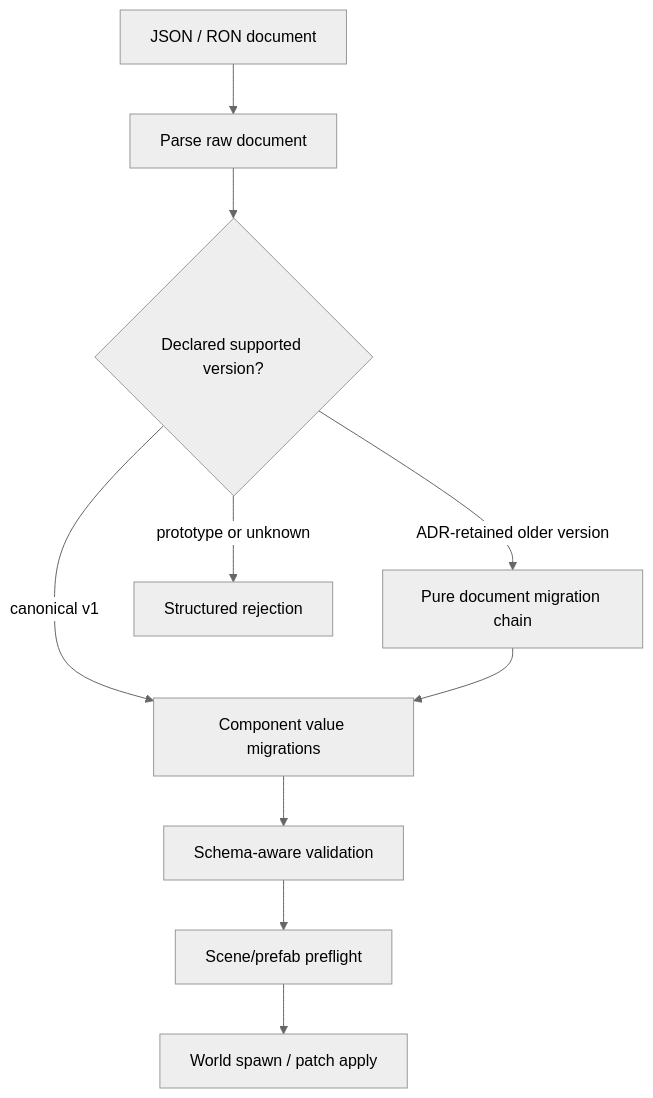
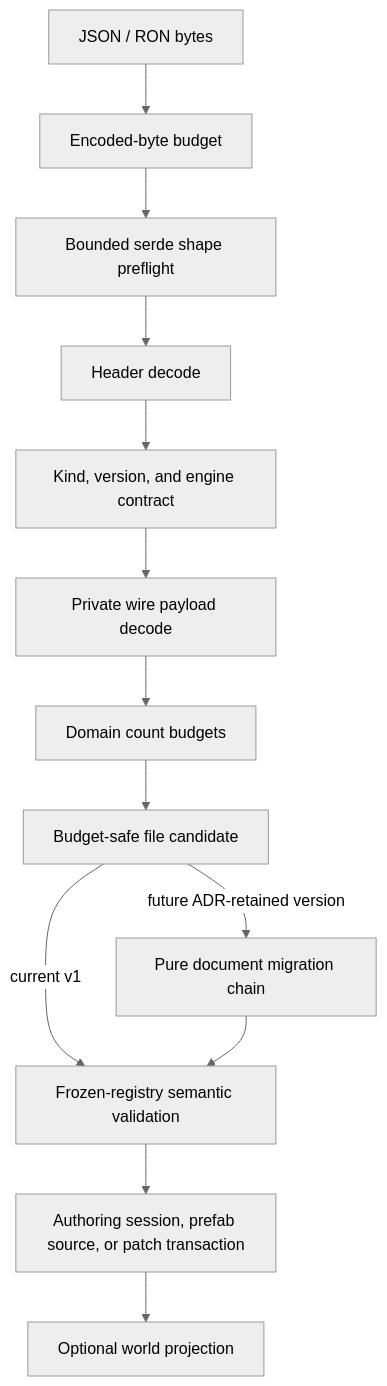
The diagram in docs/architecture/adr/0043-scene-prefab-and-patch-document-migration-policy.md (Latias94/nara), drawn with Mermaid (neutral theme) before and after one commit. The commit also changed other lines of this file and 82 other files, not shown here.

Commit message:
feat(schema): establish canonical persistence contracts

````diff
--- a/docs/architecture/adr/0043-scene-prefab-and-patch-document-migration-policy.md
+++ b/docs/architecture/adr/0043-scene-prefab-and-patch-document-migration-policy.md
@@ -27,12 +30,15 @@
 ```mermaid
 flowchart TD
-    File[JSON / RON document] --> Parse[Parse raw document]
-    Parse --> Version{Declared supported version?}
-    Version -->|canonical v1| CompMig[Component value migrations]
-    Version -->|ADR-retained older version| DocMig[Pure document migration chain]
-    Version -->|prototype or unknown| Reject[Structured rejection]
-    DocMig --> CompMig
-    CompMig --> Validate[Schema-aware validation]
-    Validate --> Preflight[Scene/prefab preflight]
-    Preflight --> World[World spawn / patch apply]
+    Bytes[JSON / RON bytes] --> ByteBudget[Encoded-byte budget]
+    ByteBudget --> Shape[Bounded serde shape preflight]
+    Shape --> Header[Header decode]
+    Header --> Contract[Kind, version, and engine contract]
+    Contract --> Payload[Private wire payload decode]
+    Payload --> Counts[Domain count budgets]
+    Counts --> Candidate[Budget-safe file candidate]
+    Candidate -->|current v1| Validate[Frozen-registry semantic validation]
+    Candidate -->|future ADR-retained version| DocMig[Pure document migration chain]
+    DocMig --> Validate
+    Validate --> Publish[Authoring session, prefab source, or patch transaction]
+    Publish --> World[Optional world projection]
 ```
````
